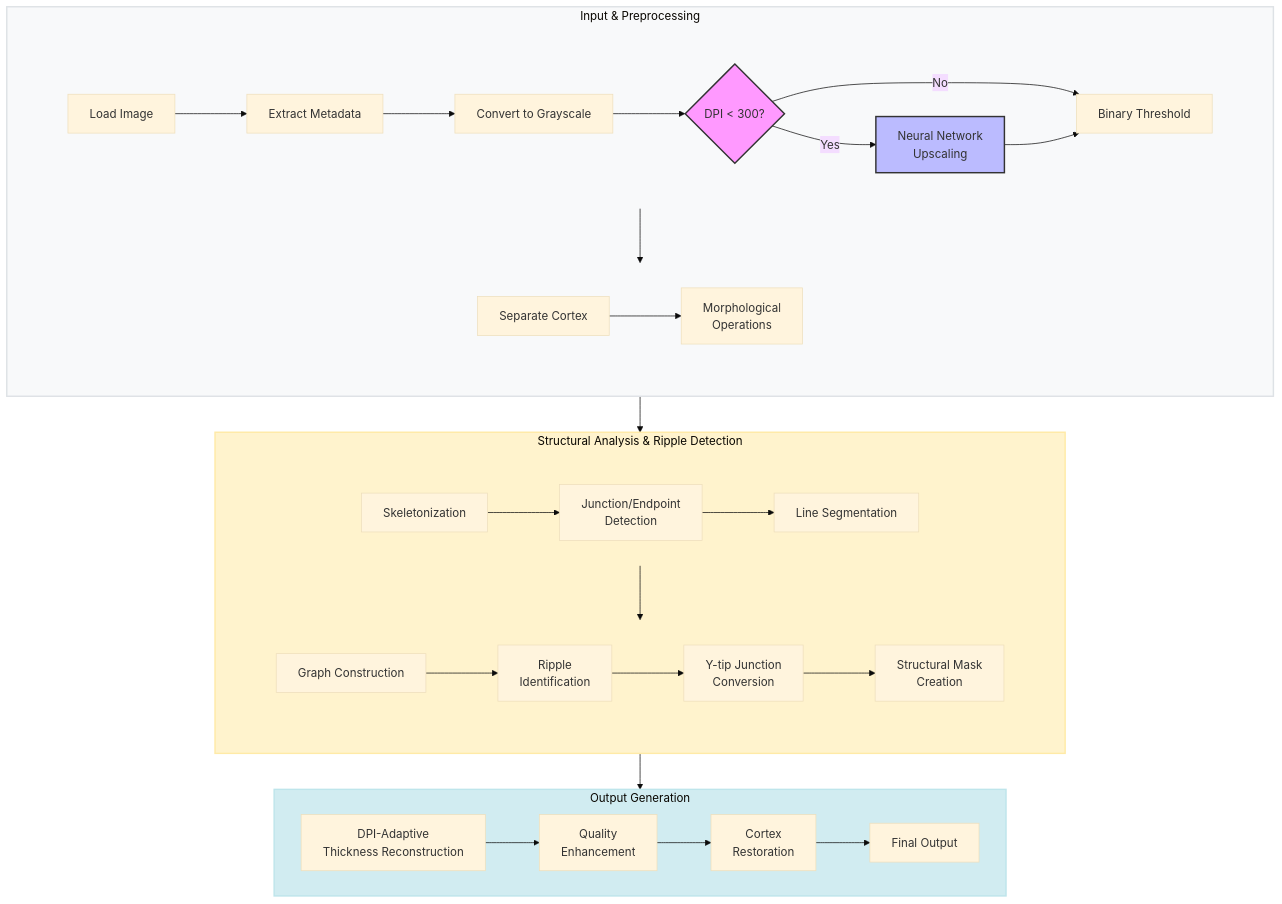
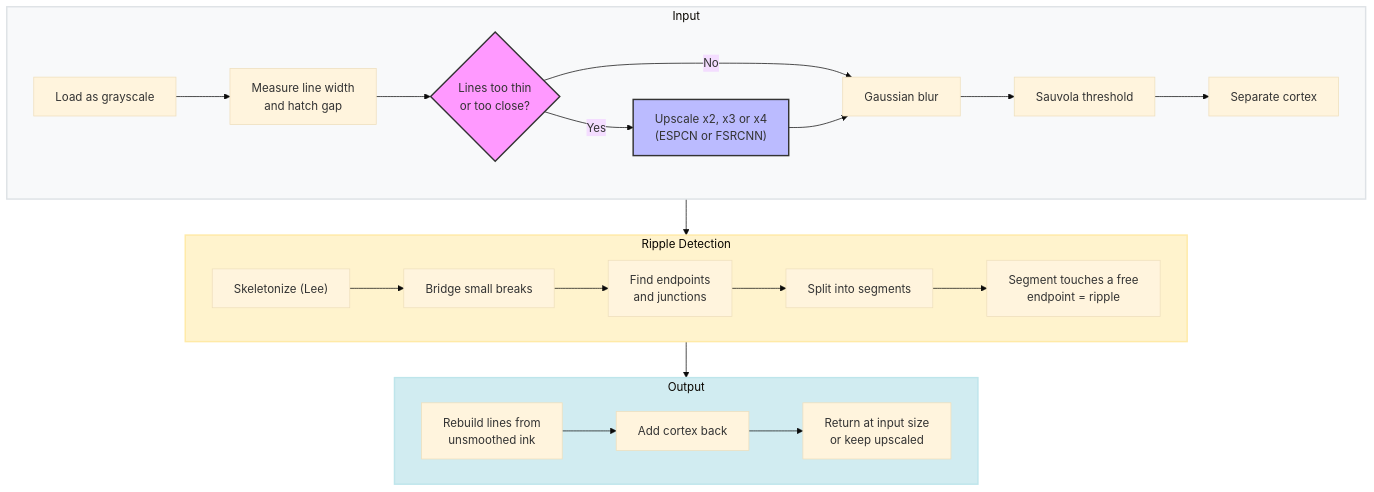
One commit to JasonGellis/lithic-editor changed the diagram in docs/features.md. Above: the diagram before and after it, drawn with Mermaid (base theme). The commit also changed other lines of this file and 22 other files, not shown here.

````diff
--- a/docs/features.md
+++ b/docs/features.md
@@ -79,60 +37,36 @@
 ```mermaid
 flowchart TB
-    subgraph section1 ["Input & Preprocessing"]
-        direction TB
-        subgraph row1a [" "]
-            direction LR
-            A["Load Image"] --> B["Extract Metadata"]
-            B --> C["Convert to Grayscale"]
-            C --> D{"`DPI < 300?`"}
-            D -->|Yes| E["Neural Network<br/>Upscaling"]
-            D -->|No| F["Binary Threshold"]
-            E --> F
-        end
-
-        subgraph row1b [" "]
-            direction LR
-            G["Separate Cortex"] --> H["Morphological<br/>Operations"]
-        end
-
-        F --> G
+    subgraph section1 ["Input"]
+        direction LR
+        A["Load as grayscale"] --> B["Measure line width<br/>and hatch gap"]
+        B --> C{"Lines too thin<br/>or too close?"}
+        C -->|Yes| D["Upscale x2, x3 or x4<br/>(ESPCN or FSRCNN)"]
+        C -->|No| E["Gaussian blur"]
+        D --> E
+        E --> F["Sauvola threshold"]
+        F --> G["Separate cortex"]
     end
 
-    subgraph section2 ["Structural Analysis & Ripple Detection"]
-        direction TB
-        subgraph row2a [" "]
-            direction LR
-            I["Skeletonization"] --> J["Junction/Endpoint<br/>Detection"]
-            J --> K["Line Segmentation"]
-        end
-
-        subgraph row2b [" "]
-            direction LR
-            L["Graph Construction"] --> M["Ripple<br/>Identification"]
-            M --> N["Y-tip Junction<br/>Conversion"]
-            N --> O["Structural Mask<br/>Creation"]
-        end
-
-        K --> L
+    subgraph section2 ["Ripple Detection"]
+        direction LR
+        H["Skeletonize (Lee)"] --> I["Bridge small breaks"]
+        I --> J["Find endpoints<br/>and junctions"]
+        J --> K["Split into segments"]
+        K --> L["Segment touches a free<br/>endpoint = ripple"]
     end
 
-    subgraph section3 ["Output Generation"]
+    subgraph section3 ["Output"]
         direction LR
-        P["DPI-Adaptive<br/>Thickness Reconstruction"] --> Q["Quality<br/>Enhancement"]
-        Q --> R["Cortex<br/>Restoration"]
-        R --> S["Final Output"]
+        M["Rebuild lines from<br/>unsmoothed ink"] --> N["Add cortex back"]
+        N --> O["Return at input size<br/>or keep upscaled"]
     end
 
-    H --> I
-    O --> P
+    G --> H
+    L --> M
 
-    style D fill:#f9f,stroke:#333,stroke-width:2px
-    style E fill:#bbf,stroke:#333,stroke-width:2px
+    style C fill:#f9f,stroke:#333,stroke-width:2px
+    style D fill:#bbf,stroke:#333,stroke-width:2px
     style section1 fill:#f8f9fa,stroke:#dee2e6,stroke-width:2px
     style section2 fill:#fff3cd,stroke:#ffeaa7,stroke-width:2px
     style section3 fill:#d1ecf1,stroke:#bee5eb,stroke-width:2px
-    style row1a fill:transparent,stroke:none
-    style row1b fill:transparent,stroke:none
-    style row2a fill:transparent,stroke:none
-    style row2b fill:transparent,stroke:none
 ```
````
